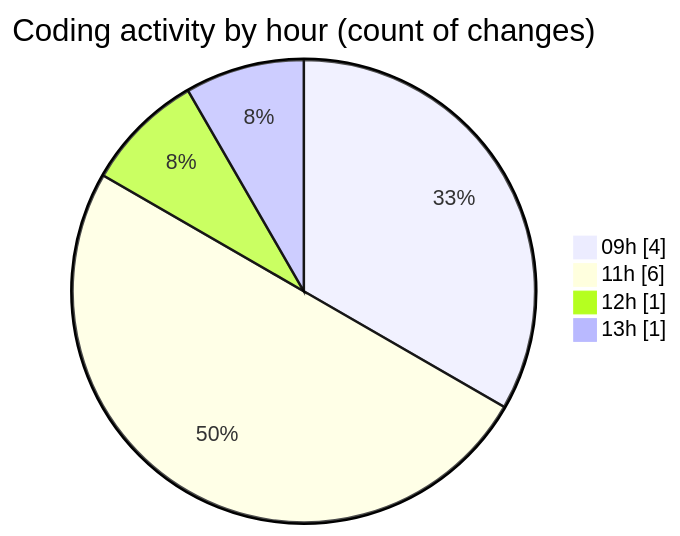
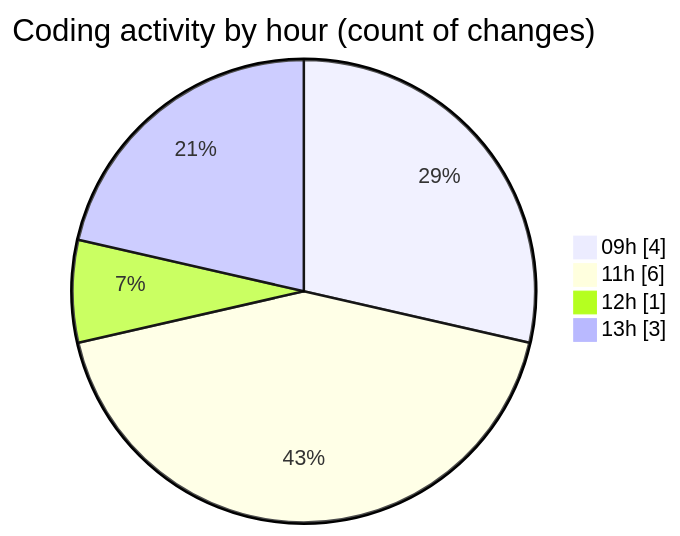
One commit to ricardozamudiocil/code-tracking changed the second of 2 diagrams in 2026-02-24/cilapp/README.md. Above: the diagram before and after it, drawn with Mermaid. The commit also changed other lines of this file and 1 other file, not shown here.

````diff
--- a/2026-02-24/cilapp/README.md
+++ b/2026-02-24/cilapp/README.md
@@ -33,8 +33,8 @@
 ```mermaid
 pie showData
 title Coding activity by hour (count of changes)
 "09h" : 4
 "11h" : 6
 "12h" : 1
-"13h" : 1
+"13h" : 3
 ```
````
